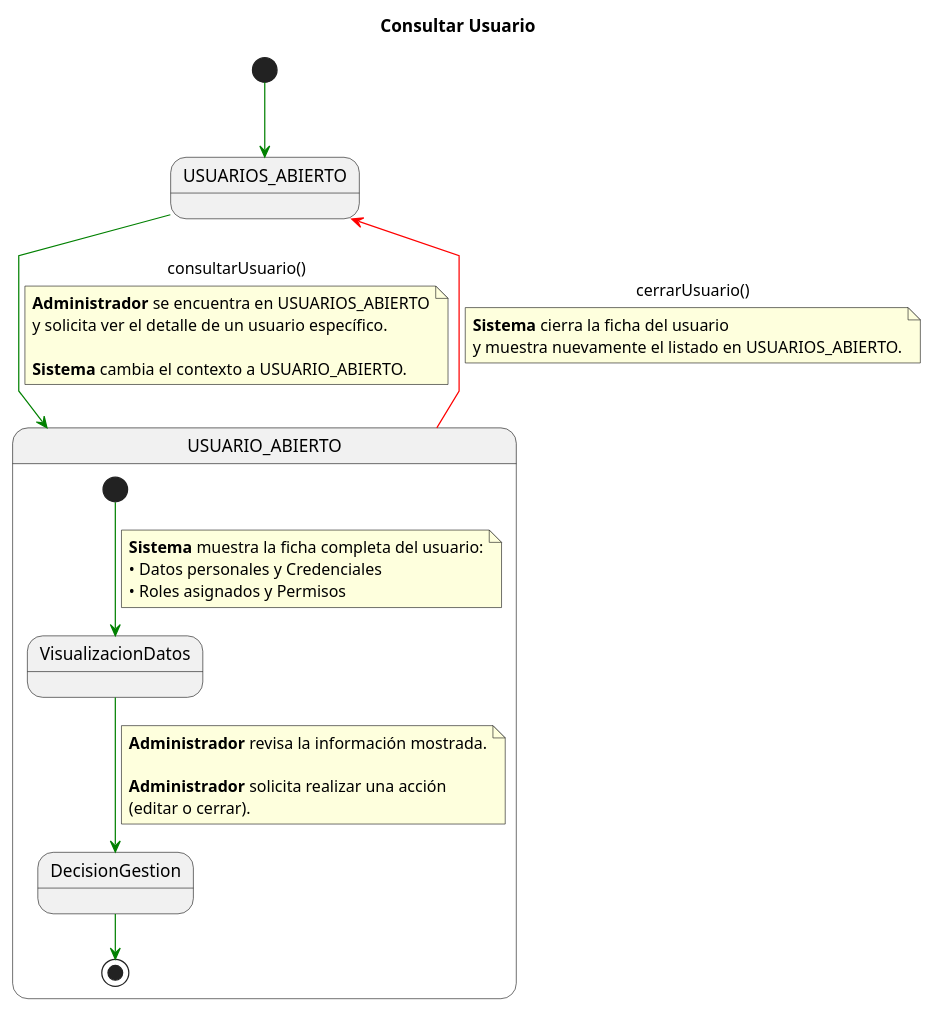
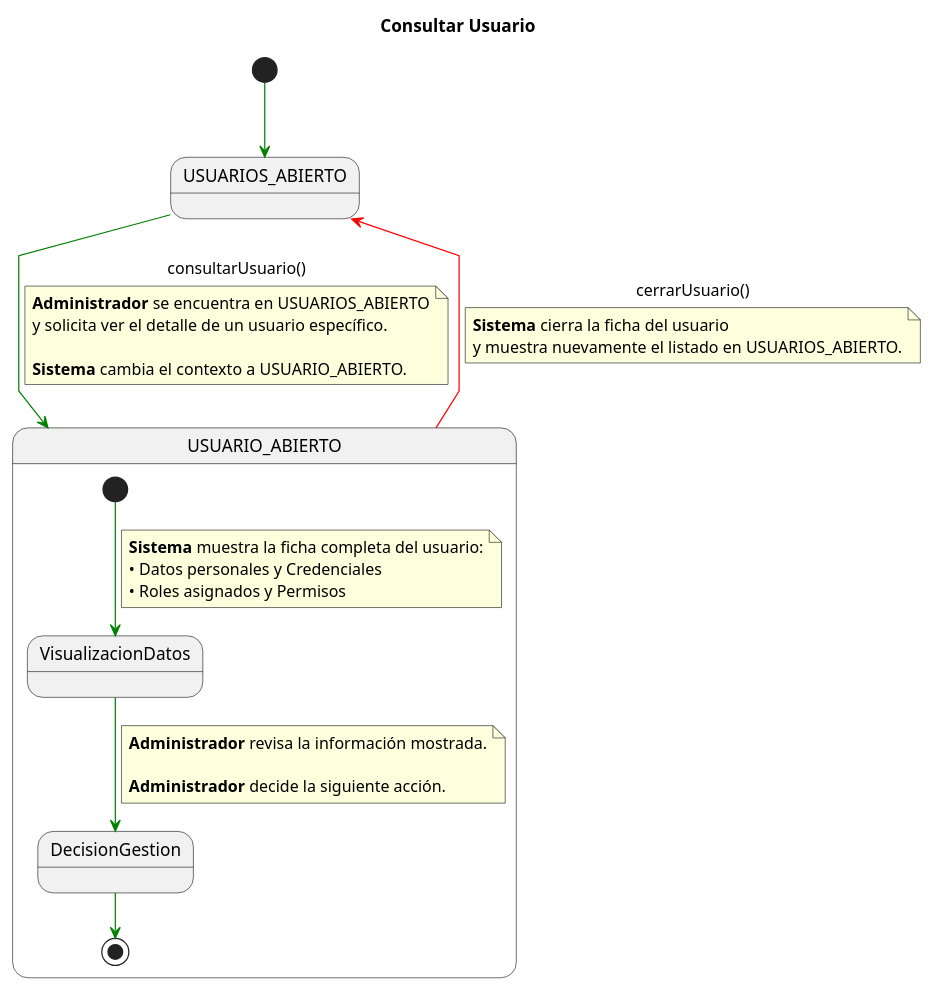
Before and after one commit to enmabry/25-26-IdSw1-SdR: the diagram in documents/CasosDeUso/DetalladoCasosDeUso/Administrador/consultarUsuario.puml, drawn with PlantUML. The commit also changed 3 other files, not shown here.

```diff
--- a/documents/CasosDeUso/DetalladoCasosDeUso/Administrador/consultarUsuario.puml
+++ b/documents/CasosDeUso/DetalladoCasosDeUso/Administrador/consultarUsuario.puml
@@ -1,47 +1,46 @@
 @startuml
 title Consultar Usuario
 skinparam linetype polyline
 
 state USUARIOS_ABIERTO_INICIAL as "USUARIOS_ABIERTO"
 state USUARIO_ABIERTO_COMP     as "USUARIO_ABIERTO"
 
 [*] -[#green]-> USUARIOS_ABIERTO_INICIAL
 
 USUARIOS_ABIERTO_INICIAL -[#green]-> USUARIO_ABIERTO_COMP : consultarUsuario()
 note on link
 <b>Administrador</b> se encuentra en USUARIOS_ABIERTO
 y solicita ver el detalle de un usuario específico.
 
 <b>Sistema</b> cambia el contexto a USUARIO_ABIERTO.
 end note
 
 state USUARIO_ABIERTO_COMP as "USUARIO_ABIERTO" {
 
     state VisualizacionDatos
     state DecisionGestion
 
     [*] -[#green]-> VisualizacionDatos
     note on link
     <b>Sistema</b> muestra la ficha completa del usuario:
     • Datos personales y Credenciales
     • Roles asignados y Permisos
     end note
 
     VisualizacionDatos -[#green]-> DecisionGestion
     note on link
     <b>Administrador</b> revisa la información mostrada.
 
-    <b>Administrador</b> solicita realizar una acción
-    (editar o cerrar).
+    <b>Administrador</b> decide la siguiente acción.
     end note
 
     DecisionGestion -[#green]-> [*]
 }
 
 USUARIO_ABIERTO_COMP -[#red]-> USUARIOS_ABIERTO_INICIAL : cerrarUsuario()
 note on link
 <b>Sistema</b> cierra la ficha del usuario
 y muestra nuevamente el listado en USUARIOS_ABIERTO.
 end note
 
 @enduml
```
